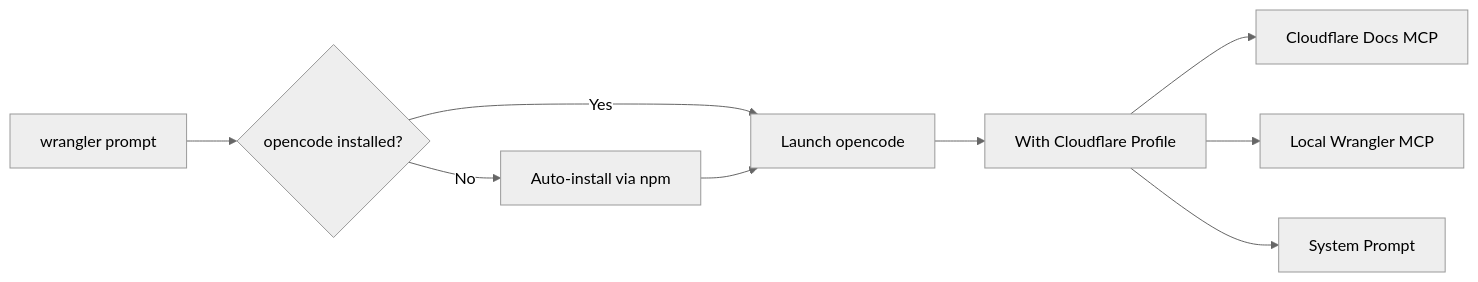
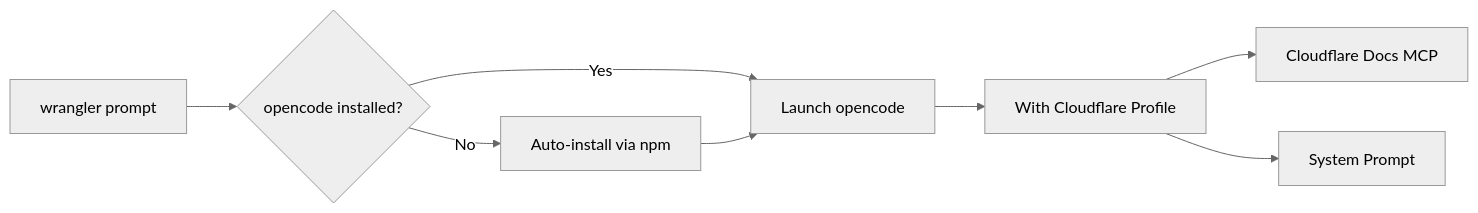
The diagram in docs/opencode.PRD.md (cloudflare/workers-sdk), drawn with Mermaid (neutral theme) before and after one commit. The commit also changed other lines of this file, not shown here.

Commit message:
chore(PRD): switch to --prompt and remove local MCP server

````diff
--- a/docs/opencode.PRD.md
+++ b/docs/opencode.PRD.md
@@ -21,11 +21,10 @@
 ```mermaid
 graph LR
     User[wrangler prompt] --> Check{opencode installed?}
     Check -->|No| Install[Auto-install via npm]
     Check -->|Yes| Launch
     Install --> Launch[Launch opencode]
     Launch --> Config[With Cloudflare Profile]
-    Config --> MCP1[Cloudflare Docs MCP]
-    Config --> MCP2[Local Wrangler MCP]
+    Config --> MCP[Cloudflare Docs MCP]
     Config --> Prompt[System Prompt]
 ```
````
